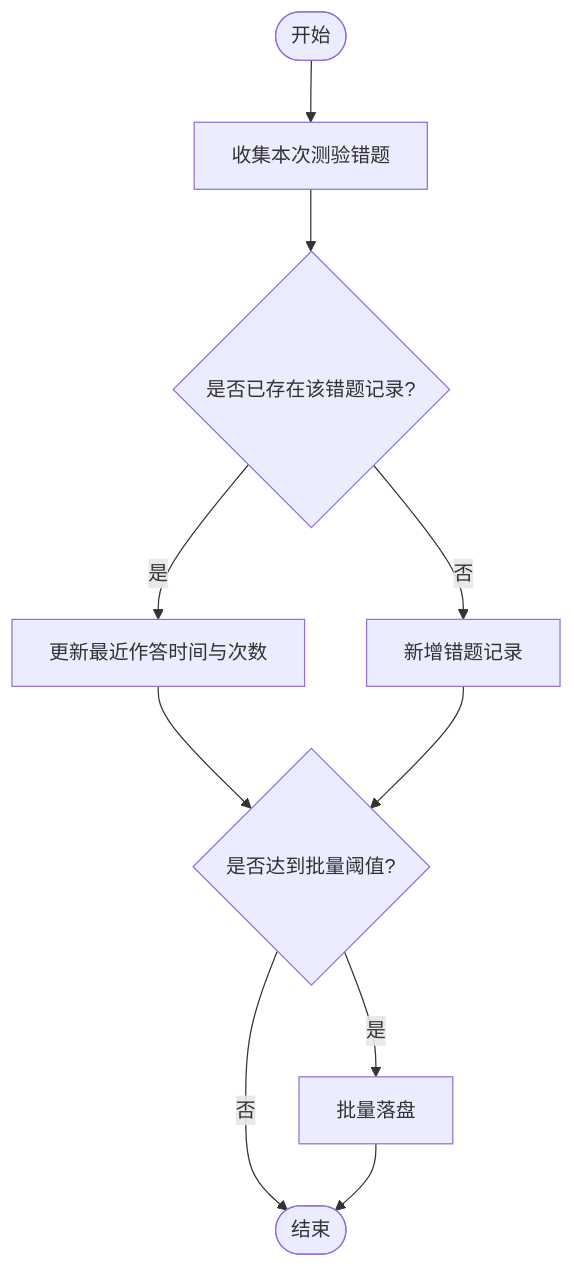
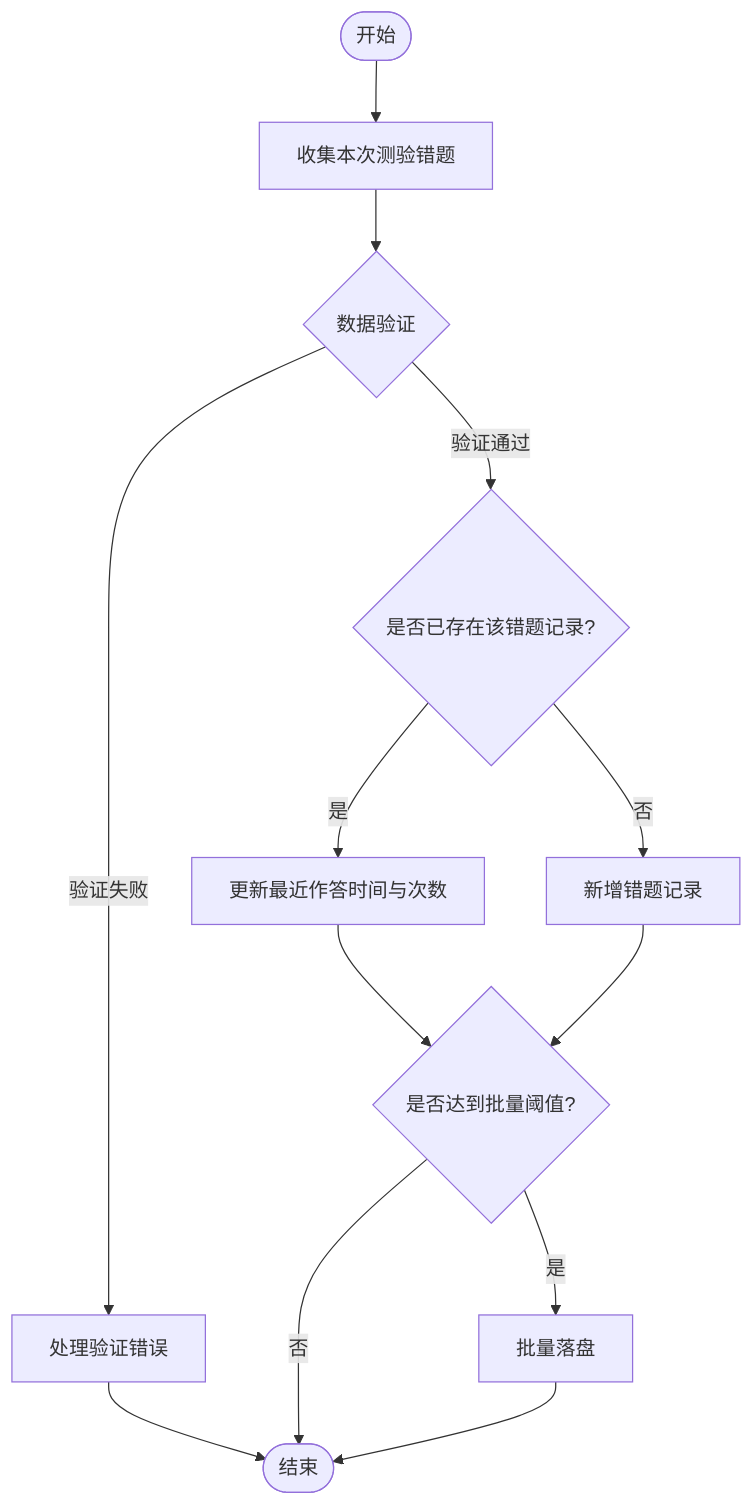
The third of 8 diagrams in .qoder/repowiki/zh/content/核心功能模块/错题管理系统.md (cwb7756/bio), drawn with Mermaid before and after one commit. The commit also changed other lines of this file and 14 other files, not shown here.

First line of the commit message:
feat(knowledgeMap): 增强知识图谱功能，新增种子数据生成器

````diff
--- a/.qoder/repowiki/zh/content/核心功能模块/错题管理系统.md
+++ b/.qoder/repowiki/zh/content/核心功能模块/错题管理系统.md
@@ -135,12 +150,15 @@
 ```mermaid
 flowchart TD
 Start(["开始"]) --> Collect["收集本次测验错题"]
-Collect --> Dedup{"是否已存在该错题记录?"}
+Collect --> Validate{"数据验证"}
+Validate --> |验证失败| HandleError["处理验证错误"]
+Validate --> |验证通过| Dedup{"是否已存在该错题记录?"}
+HandleError --> End(["结束"])
 Dedup --> |是| Update["更新最近作答时间与次数"]
 Dedup --> |否| Insert["新增错题记录"]
 Update --> BatchCheck{"是否达到批量阈值?"}
 Insert --> BatchCheck
 BatchCheck --> |是| Flush["批量落盘"]
 BatchCheck --> |否| End(["结束"])
 Flush --> End
 ```
````
